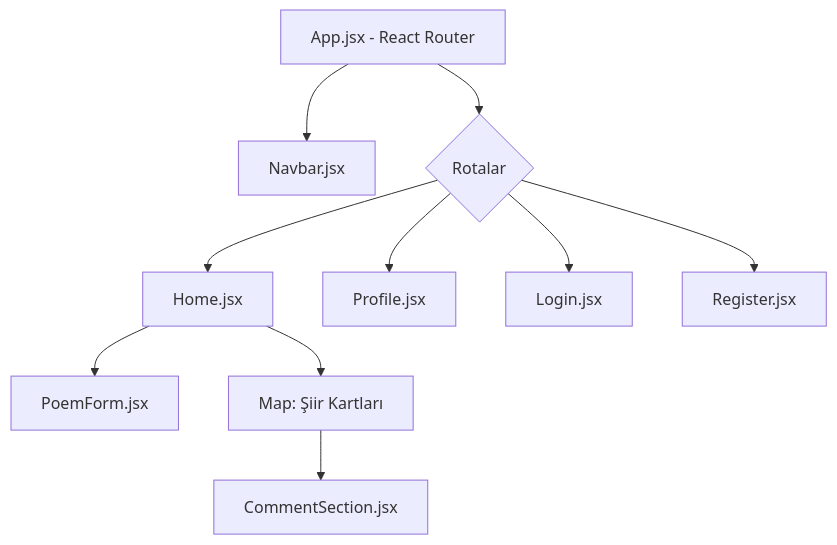
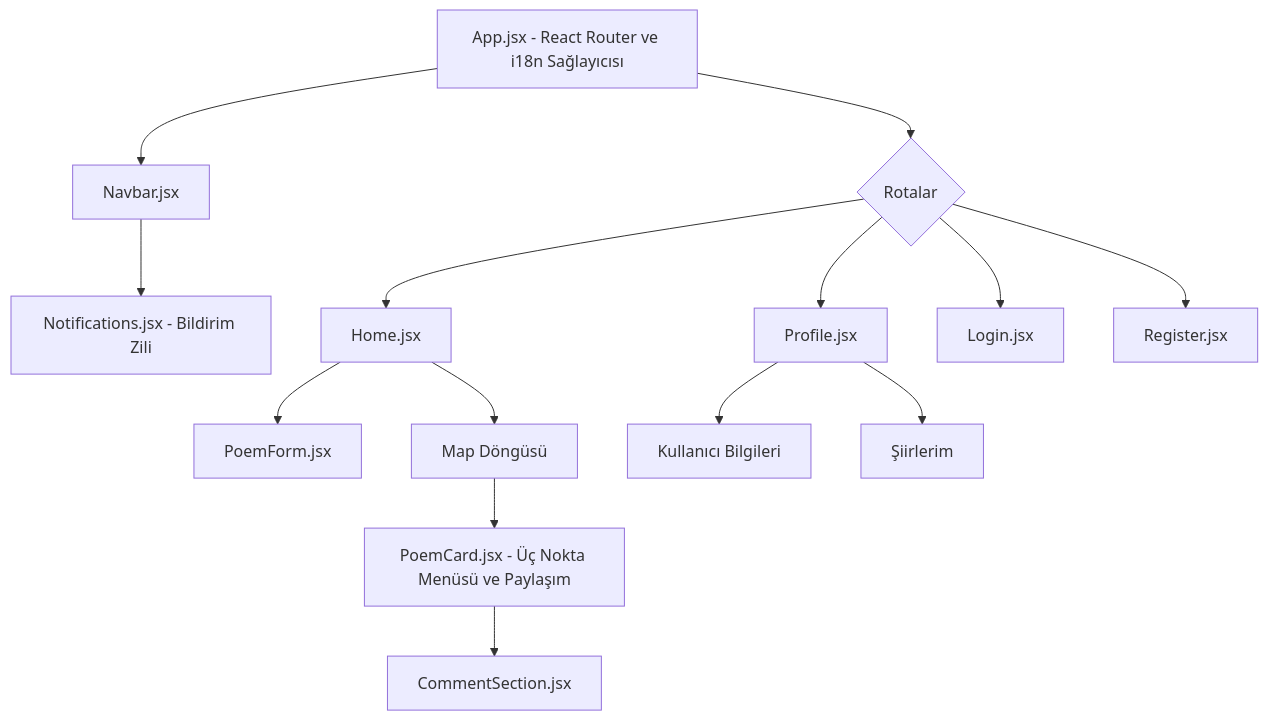
One commit to bilalkaplan/PoemGarden changed the fourth of 4 diagrams in PROJE_RAPORU.md. Above: the diagram before and after it, drawn with Mermaid. The commit also changed other lines of this file and 1 other file, not shown here.

````diff
--- a/PROJE_RAPORU.md
+++ b/PROJE_RAPORU.md
@@ -121,14 +163,19 @@
 ```mermaid
 flowchart TD
-    App[App.jsx - React Router] --> Navbar[Navbar.jsx]
+    App[App.jsx - React Router ve i18n Sağlayıcısı] --> Navbar[Navbar.jsx]
+    Navbar --> Notifications[Notifications.jsx - Bildirim Zili]
     App --> MainRoutes{Rotalar}
     
     MainRoutes --> Home[Home.jsx]
     MainRoutes --> Profile[Profile.jsx]
     MainRoutes --> Login[Login.jsx]
     MainRoutes --> Register[Register.jsx]
     
     Home --> PoemForm[PoemForm.jsx]
-    Home --> PoemList[Map: Şiir Kartları]
-    PoemList --> CommentSection[CommentSection.jsx]
+    Home --> PoemList[Map Döngüsü]
+    Profile --> UserBio[Kullanıcı Bilgileri]
+    Profile --> MyPoems[Şiirlerim]
+    
+    PoemList --> PoemCard[PoemCard.jsx - Üç Nokta Menüsü ve Paylaşım]
+    PoemCard --> CommentSection[CommentSection.jsx]
 ```
````
